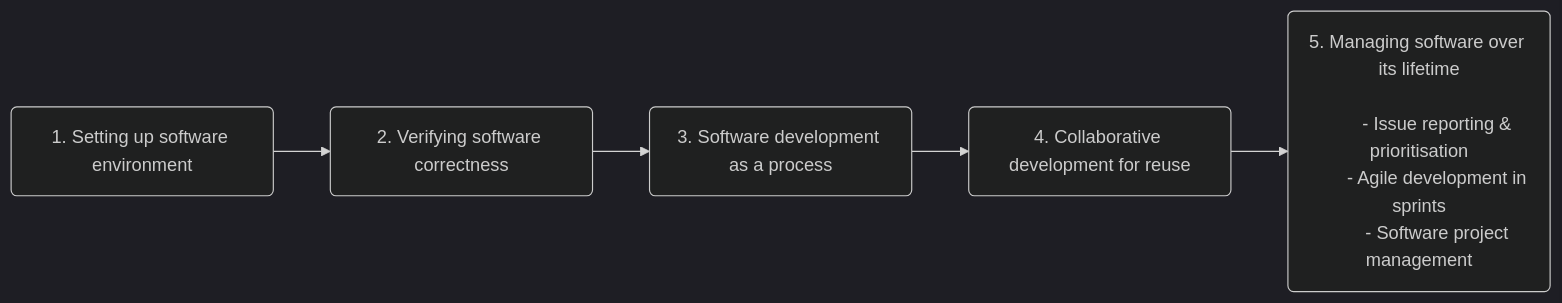
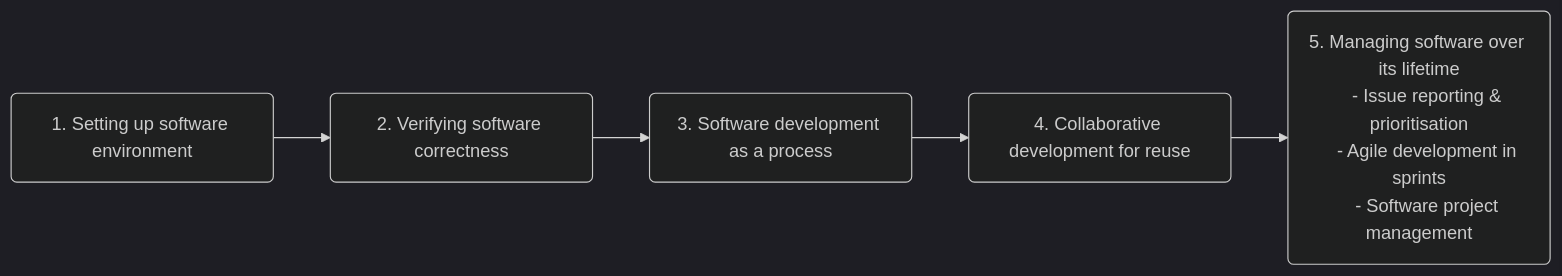
The diagram in episodes/50-section5-intro.md (carpentries-incubator/python-intermediate-development), drawn with Mermaid (dark theme) before and after one commit.

````diff
--- a/episodes/50-section5-intro.md
+++ b/episodes/50-section5-intro.md
@@ -36,13 +36,13 @@
 ```mermaid
     flowchart LR
         accDescr {Topics on collaborative software development covered in the current section: issue management, project management, agile development}
         A(1. Setting up software environment)
         A --> B(2. Verifying software correctness)
         B --> C(3. Software development as a process)
         C --> D(4. Collaborative development for reuse)
-        D --> E(5. Managing software over its lifetime
-        
-            - Issue reporting & prioritisation
-            - Agile development in sprints
-            - Software project management)
+        E("`5. Managing software over its lifetime
+        - Issue reporting & prioritisation
+        - Agile development in sprints
+        - Software project management`")
+        D --> E
 ```
````
